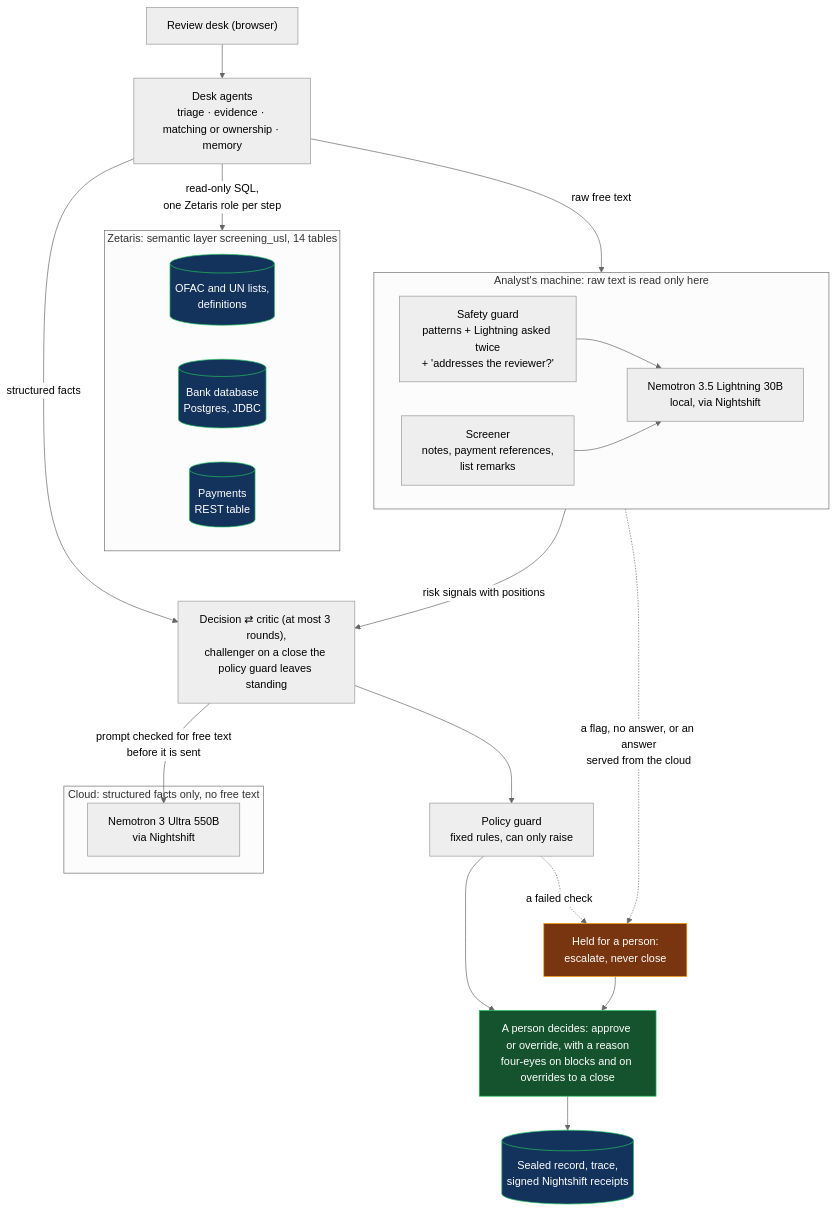
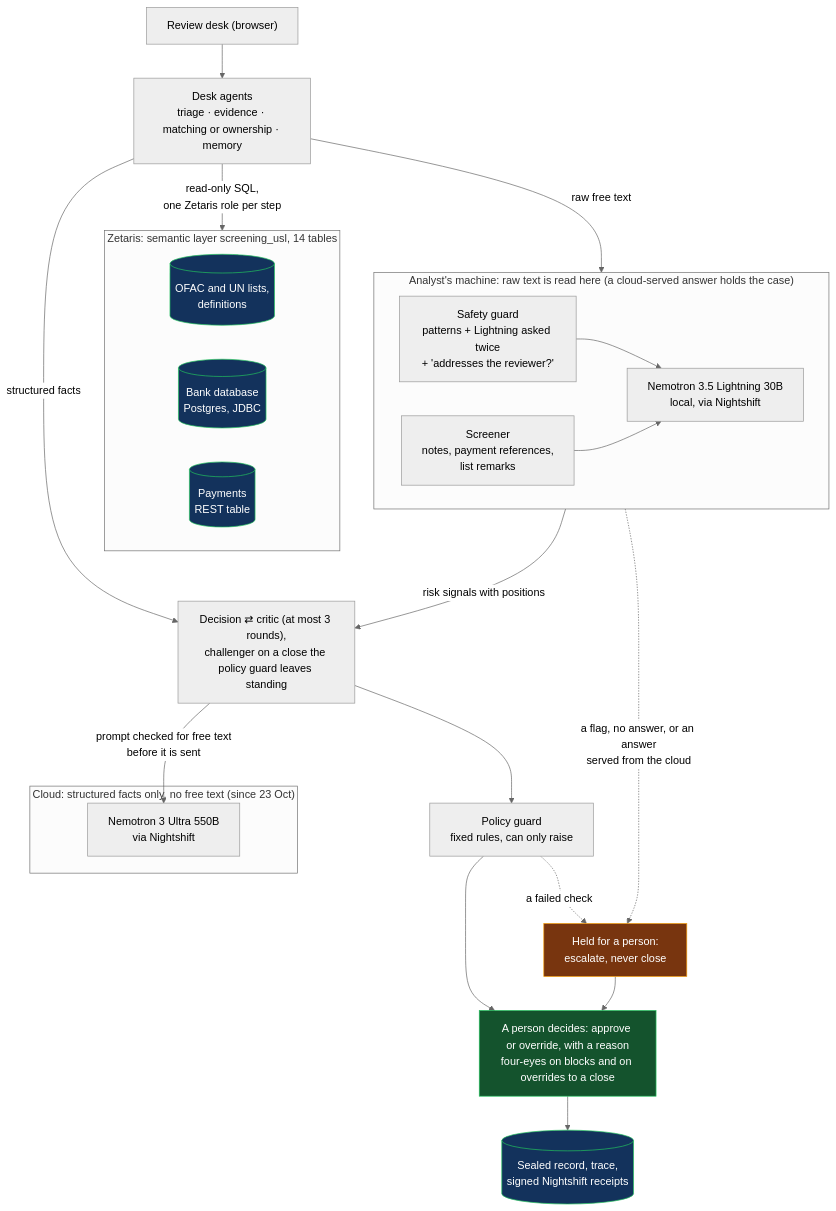
The diagram in docs/diagrams/1-architecture.mmd (rahulmahadik/sanctions-desk), drawn with Mermaid (neutral theme) before and after one commit. The commit also changed 17 other files, not shown here.

Commit message:
Close the privacy caveat gaps; statuses for known issues; drop the old architecture image

```diff
--- a/docs/diagrams/1-architecture.mmd
+++ b/docs/diagrams/1-architecture.mmd
@@ -1,44 +1,44 @@
 %% Architecture of one review. Labels follow the code (packages/agents/src/pipeline.ts, safety.ts, screener.ts,
 %% policy-guard.ts; config/policy.default.json). Rendered by npm run diagrams.
 flowchart TB
   classDef hold fill:#78350f,stroke:#f59e0b,color:#ffffff
   classDef store fill:#13325c,stroke:#22c55e,color:#ffffff
   classDef person fill:#14532d,stroke:#22c55e,color:#ffffff
 
   UI["Review desk (browser)"] --> DESK
 
   subgraph ZET["Zetaris: semantic layer screening_usl, 14 tables"]
     direction LR
     LISTS[("OFAC and UN lists,<br/>definitions")]:::store
     BANK[("Bank database<br/>Postgres, JDBC")]:::store
     PAY[("Payments<br/>REST table")]:::store
   end
 
   DESK["Desk agents<br/>triage · evidence · matching or ownership · memory"]
   DESK -- "read-only SQL,<br/>one Zetaris role per step" --> ZET
 
-  subgraph LAPTOP["Analyst's machine: raw text is read only here"]
+  subgraph LAPTOP["Analyst's machine: raw text is read here (a cloud-served answer holds the case)"]
     direction LR
     SAFE["Safety guard<br/>patterns + Lightning asked twice<br/>+ 'addresses the reviewer?'"]
     SCREEN["Screener<br/>notes, payment references,<br/>list remarks"]
     LIGHT["Nemotron 3.5 Lightning 30B<br/>local, via Nightshift"]
     SAFE --> LIGHT
     SCREEN --> LIGHT
   end
 
   DEC["Decision ⇄ critic (at most 3 rounds),<br/>challenger on a close the policy guard leaves standing"]
-  subgraph CLOUD["Cloud: structured facts only, no free text"]
+  subgraph CLOUD["Cloud: structured facts only, no free text (since 23 Oct)"]
     ULTRA["Nemotron 3 Ultra 550B<br/>via Nightshift"]
   end
   DEC -- "prompt checked for free text<br/>before it is sent" --> ULTRA
 
   DESK -- "raw free text" --> LAPTOP
   LAPTOP -- "risk signals with positions" --> DEC
   DESK -- "structured facts" --> DEC
   DEC --> PG["Policy guard<br/>fixed rules, can only raise"]
   PG --> PERSON["A person decides: approve or override, with a reason<br/>four-eyes on blocks and on overrides to a close"]:::person
   PERSON --> REC[("Sealed record, trace,<br/>signed Nightshift receipts")]:::store
 
   LAPTOP -. "a flag, no answer, or an answer<br/>served from the cloud" .-> HOLD["Held for a person:<br/>escalate, never close"]:::hold
   PG -. "a failed check" .-> HOLD
   HOLD --> PERSON
```
